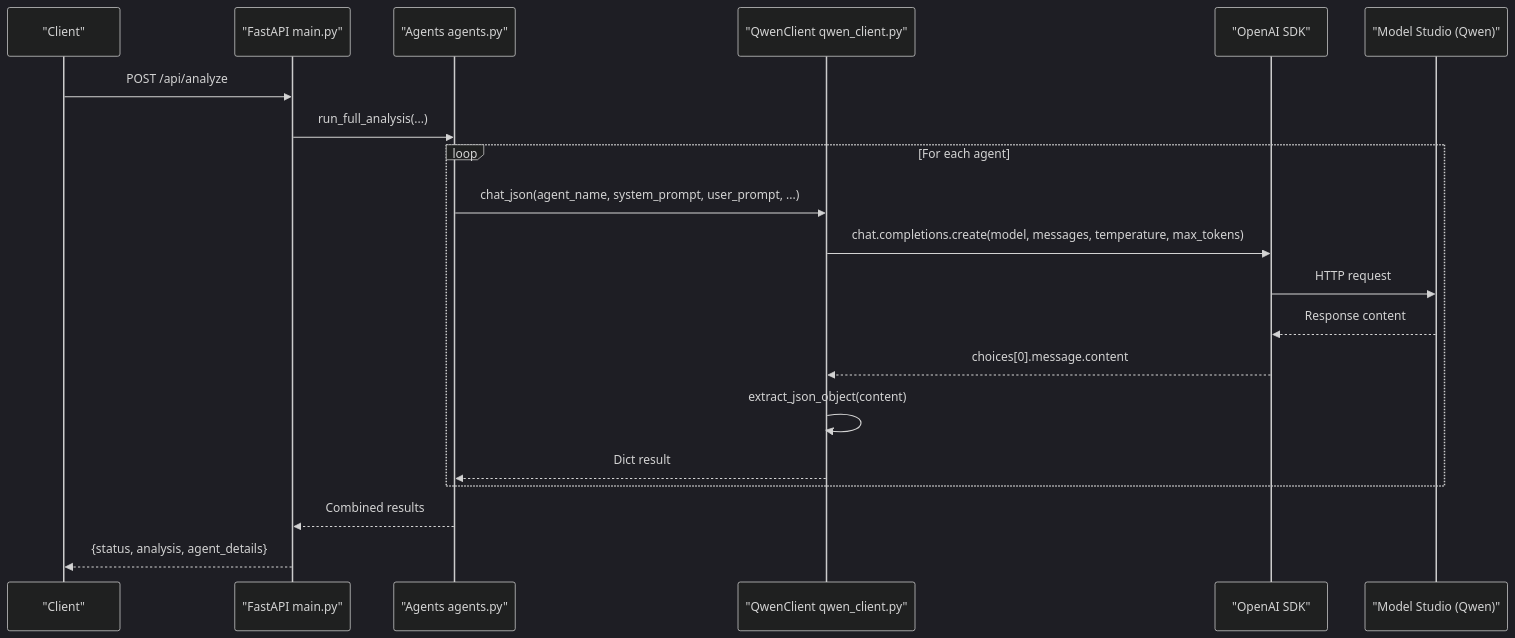
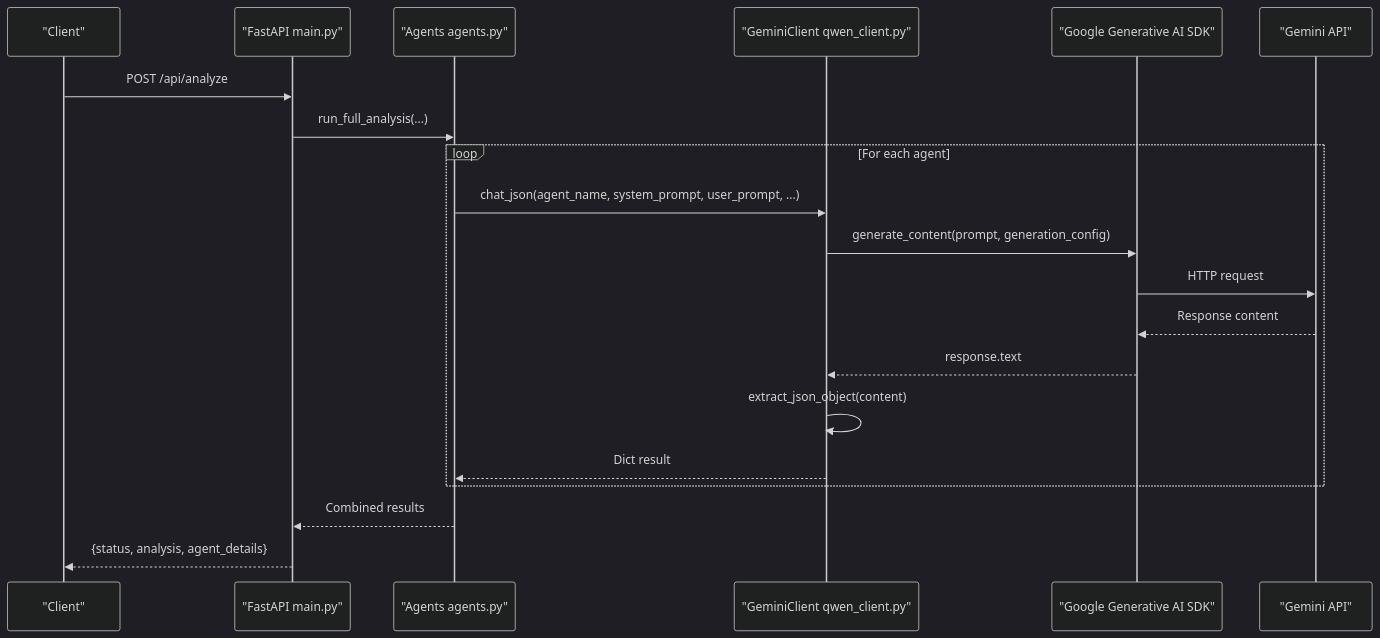
One commit to waqarimran342/CareerOS-AI changed the second of 7 diagrams in .qoder/repowiki/en/content/External Integrations/Qwen LLM Integration.md. Above: the diagram before and after it, drawn with Mermaid (dark theme). The commit also changed other lines of this file and 32 other files, not shown here.

````diff
--- a/.qoder/repowiki/en/content/External Integrations/Qwen LLM Integration.md
+++ b/.qoder/repowiki/en/content/External Integrations/Qwen LLM Integration.md
@@ -93,22 +100,22 @@
 ```mermaid
 sequenceDiagram
 participant UI as "Client"
 participant API as "FastAPI main.py"
 participant AG as "Agents agents.py"
-participant QC as "QwenClient qwen_client.py"
-participant OA as "OpenAI SDK"
-participant QS as "Model Studio (Qwen)"
+participant GC as "GeminiClient qwen_client.py"
+participant GA as "Google Generative AI SDK"
+participant GM as "Gemini API"
 UI->>API : POST /api/analyze
 API->>AG : run_full_analysis(...)
 loop For each agent
-AG->>QC : chat_json(agent_name, system_prompt, user_prompt, ...)
-QC->>OA : chat.completions.create(model, messages, temperature, max_tokens)
-OA->>QS : HTTP request
-QS-->>OA : Response content
-OA-->>QC : choices[0].message.content
-QC->>QC : extract_json_object(content)
-QC-->>AG : Dict result
+AG->>GC : chat_json(agent_name, system_prompt, user_prompt, ...)
+GC->>GA : generate_content(prompt, generation_config)
+GA->>GM : HTTP request
+GM-->>GA : Response content
+GA-->>GC : response.text
+GC->>GC : extract_json_object(content)
+GC-->>AG : Dict result
 end
 AG-->>API : Combined results
 API-->>UI : {status, analysis, agent_details}
 ```
````
